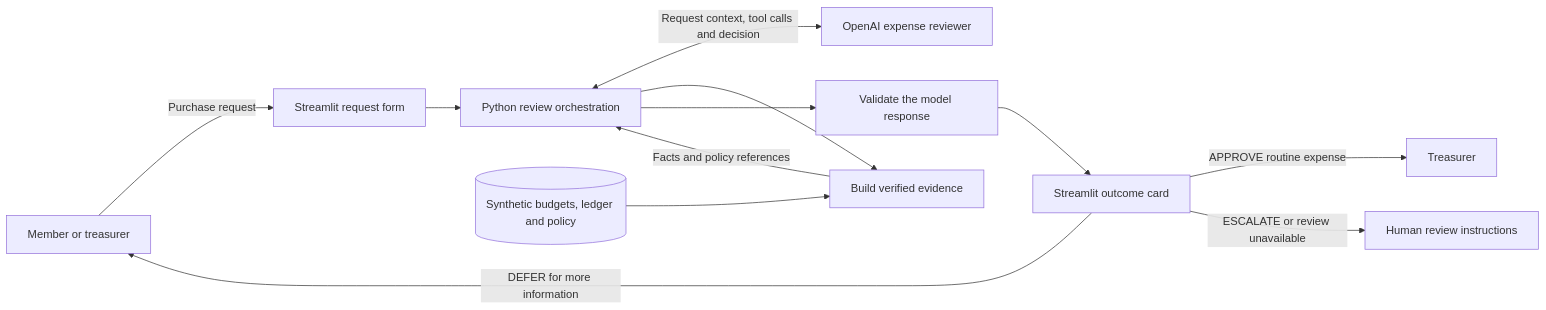
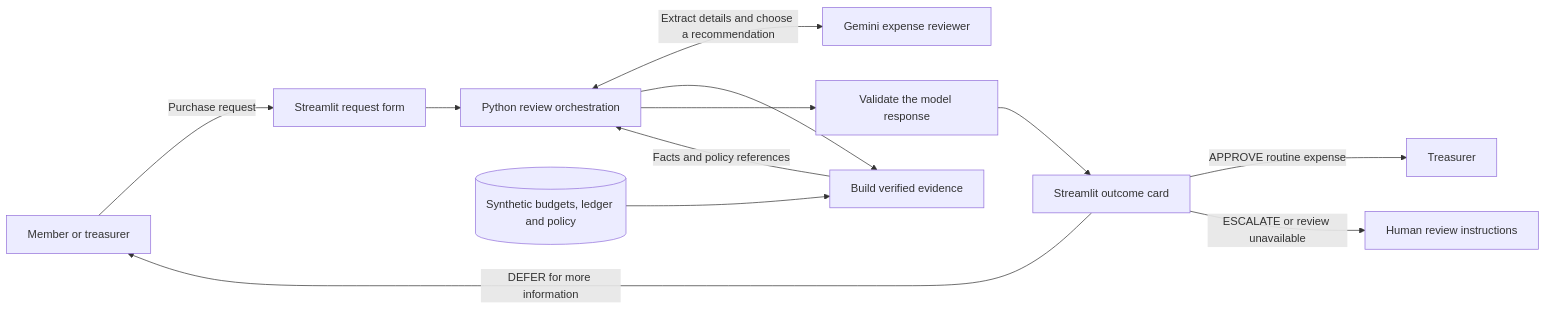
The second of 4 diagrams in README.md (tom4247/Campus-spending-review-agent), drawn with Mermaid before and after one commit. The commit also changed other lines of this file and 6 other files, not shown here.

````diff
--- a/README.md
+++ b/README.md
@@ -50,14 +51,14 @@
 ```mermaid
 flowchart LR
     member["Member or treasurer"] -->|"Purchase request"| form["Streamlit request form"]
     form --> host["Python review orchestration"]
-    host <-->|"Request context, tool calls and decision"| model["OpenAI expense reviewer"]
+    host <-->|"Extract details and choose a recommendation"| model["Gemini expense reviewer"]
     host --> evidence["Build verified evidence"]
     records[("Synthetic budgets, ledger and policy")] --> evidence
     evidence -->|"Facts and policy references"| host
     host --> check["Validate the model response"]
     check --> card["Streamlit outcome card"]
     card -->|"APPROVE routine expense"| treasurer["Treasurer"]
     card -->|"DEFER for more information"| member
     card -->|"ESCALATE or review unavailable"| handoff["Human review instructions"]
 ```
````
